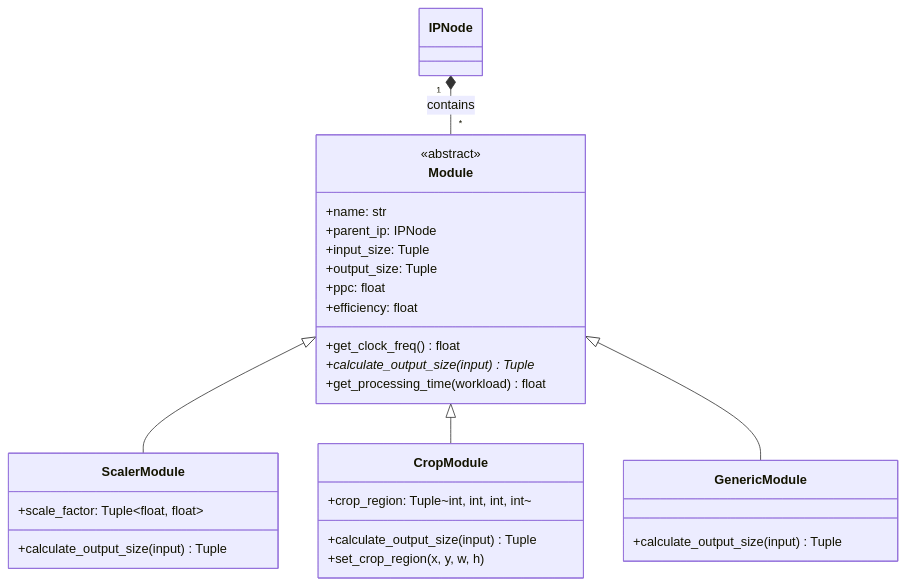
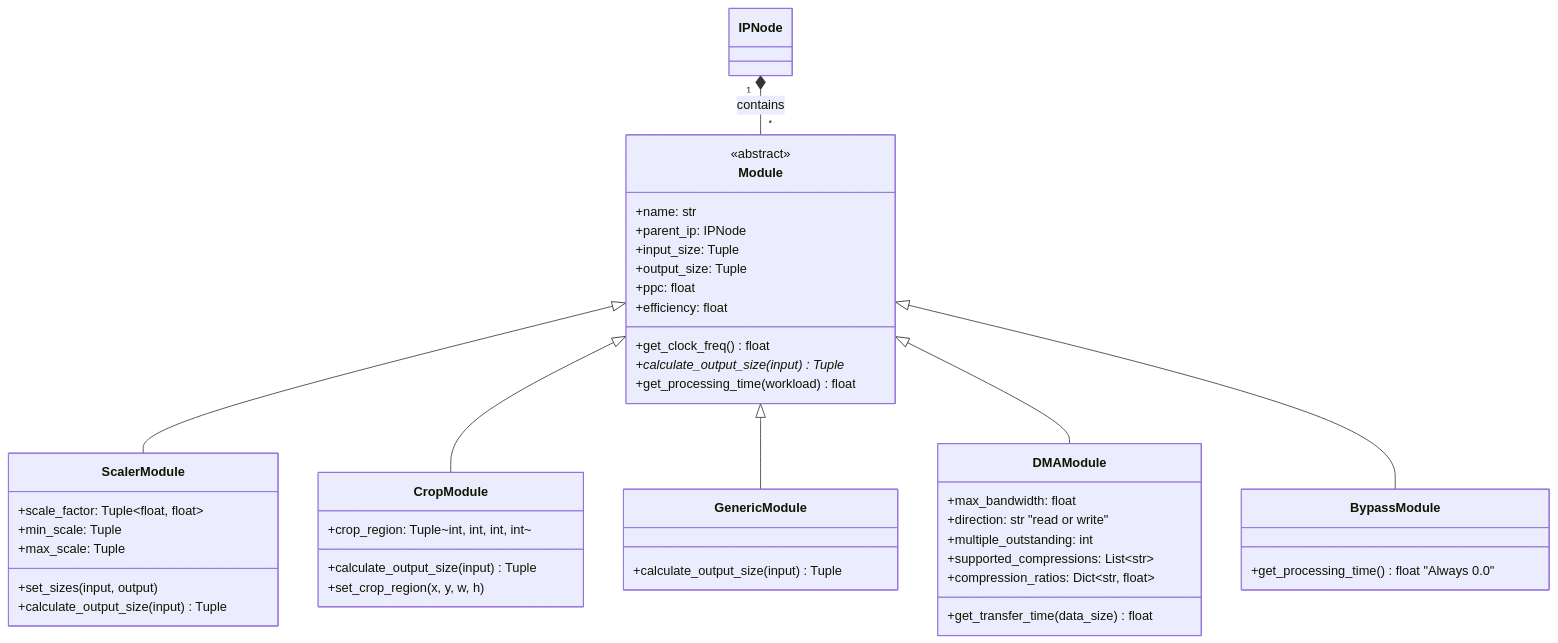
One commit to younghwan78/IP_Scenario_Simulator changed the fourth of 9 diagrams in DESIGN.md. Above: the diagram before and after it, drawn with Mermaid. The commit also changed other lines of this file and 13 other files, not shown here.

````diff
--- a/DESIGN.md
+++ b/DESIGN.md
@@ -204,36 +219,54 @@
 ```mermaid
 classDiagram
     class Module {
         <<abstract>>
         +name: str
         +parent_ip: IPNode
         +input_size: Tuple
         +output_size: Tuple
         +ppc: float
         +efficiency: float
         +get_clock_freq() float
         +calculate_output_size(input)* Tuple
         +get_processing_time(workload) float
     }
 
     class ScalerModule {
         +scale_factor: Tuple~float, float~
+        +min_scale: Tuple
+        +max_scale: Tuple
+        +set_sizes(input, output)
         +calculate_output_size(input) Tuple
     }
 
     class CropModule {
         +crop_region: Tuple~int, int, int, int~
         +calculate_output_size(input) Tuple
         +set_crop_region(x, y, w, h)
     }
 
     class GenericModule {
         +calculate_output_size(input) Tuple
     }
 
+    class DMAModule {
+        +max_bandwidth: float
+        +direction: str "read or write"
+        +multiple_outstanding: int
+        +supported_compressions: List~str~
+        +compression_ratios: Dict~str, float~
+        +get_transfer_time(data_size) float
+    }
+
+    class BypassModule {
+        +get_processing_time() float "Always 0.0"
+    }
+
     Module <|-- ScalerModule
     Module <|-- CropModule
     Module <|-- GenericModule
+    Module <|-- DMAModule
+    Module <|-- BypassModule
 
     IPNode "1" *-- "*" Module : contains
 ```
````
